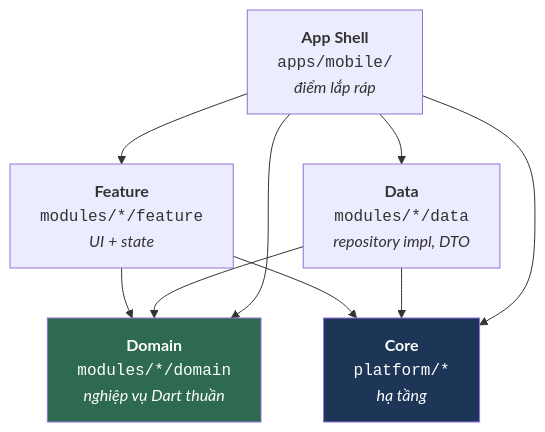
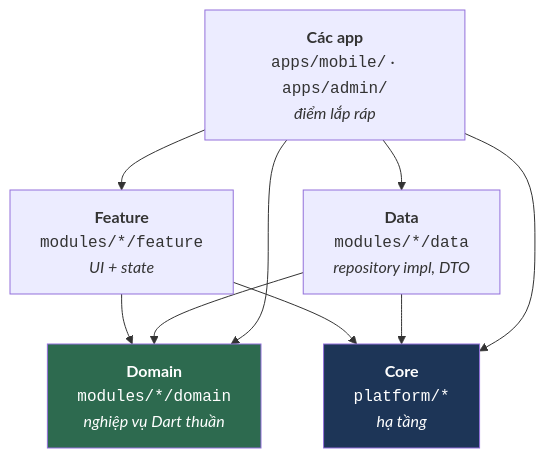
Before and after one commit to CaoGiaHieu-dev/flutter-monorepo-codebase: the diagram in docs/vi/architecture/01_overview.md, drawn with Mermaid. The commit also changed other lines of this file and 29 other files, not shown here.

````diff
--- a/docs/vi/architecture/01_overview.md
+++ b/docs/vi/architecture/01_overview.md
@@ -13,20 +13,20 @@
 ```mermaid
 graph TD
-    App["<b>App Shell</b><br/><code>apps/mobile/</code><br/><i>điểm lắp ráp</i>"]
+    App["<b>Các app</b><br/><code>apps/mobile/</code> · <code>apps/admin/</code><br/><i>điểm lắp ráp</i>"]
     Feature["<b>Feature</b><br/><code>modules/*/feature</code><br/><i>UI + state</i>"]
     Domain["<b>Domain</b><br/><code>modules/*/domain</code><br/><i>nghiệp vụ Dart thuần</i>"]
     Data["<b>Data</b><br/><code>modules/*/data</code><br/><i>repository impl, DTO</i>"]
     Core["<b>Core</b><br/><code>platform/*</code><br/><i>hạ tầng</i>"]
 
     Feature --> Domain
     Data --> Domain
     Feature --> Core
     Data --> Core
     App --> Feature
     App --> Data
     App --> Domain
     App --> Core
 
     style Domain fill:#2d6a4f,color:#fff
     style Core fill:#1d3557,color:#fff
 ```
````
